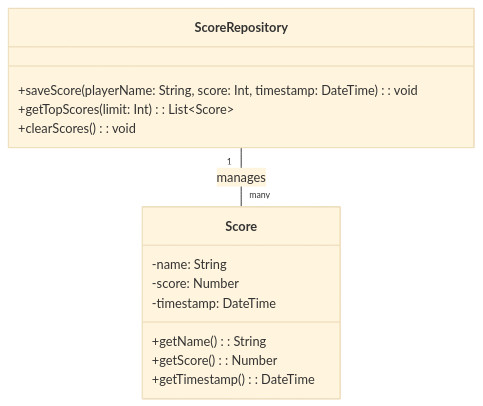
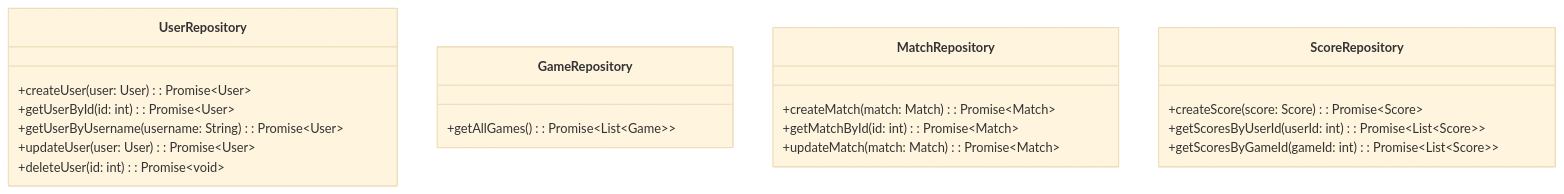
One commit to GitDevla/infinite-simon changed the fourth of 6 diagrams in docs/system-design.md. Above: the diagram before and after it, drawn with Mermaid (base theme). The commit also changed other lines of this file and 2 other files, not shown here.

````diff
--- a/docs/system-design.md
+++ b/docs/system-design.md
@@ -136,18 +174,26 @@
 ```mermaid
 classDiagram
-    class ScoreRepository {
-        +saveScore(playerName: String, score: Int, timestamp: DateTime): void
-        +getTopScores(limit: Int): List~Score~
-        +clearScores(): void
+    class UserRepository {
+        +createUser(user: User): Promise~User~
+        +getUserById(id: int): Promise~User~
+        +getUserByUsername(username: String): Promise~User~
+        +updateUser(user: User): Promise~User~
+        +deleteUser(id: int): Promise~void~
     }
 
-    class Score{
-        -name: String
-        -score: Number
-        -timestamp: DateTime
-        +getName(): String
-        +getScore(): Number
-        +getTimestamp(): DateTime
+    class GameRepository {
+        +getAllGames(): Promise~List~Game~~
     }
-    ScoreRepository "1" -- "many" Score : manages
+
+    class MatchRepository {
+        +createMatch(match: Match): Promise~Match~
+        +getMatchById(id: int): Promise~Match~
+        +updateMatch(match: Match): Promise~Match~
+    }
+
+    class ScoreRepository {
+        +createScore(score: Score): Promise~Score~
+        +getScoresByUserId(userId: int): Promise~List~Score~~
+        +getScoresByGameId(gameId: int): Promise~List~Score~~
+    }
 ```
````
